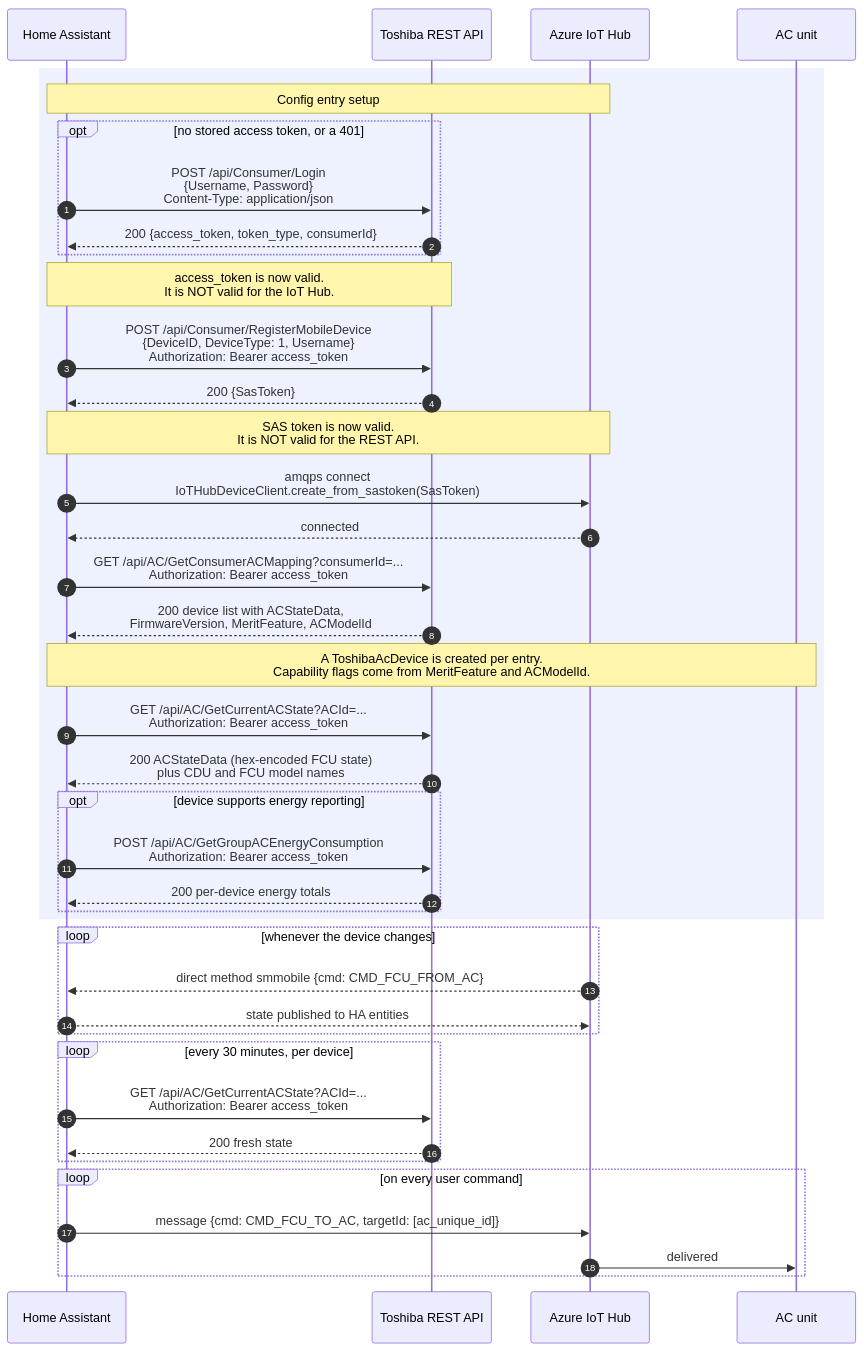
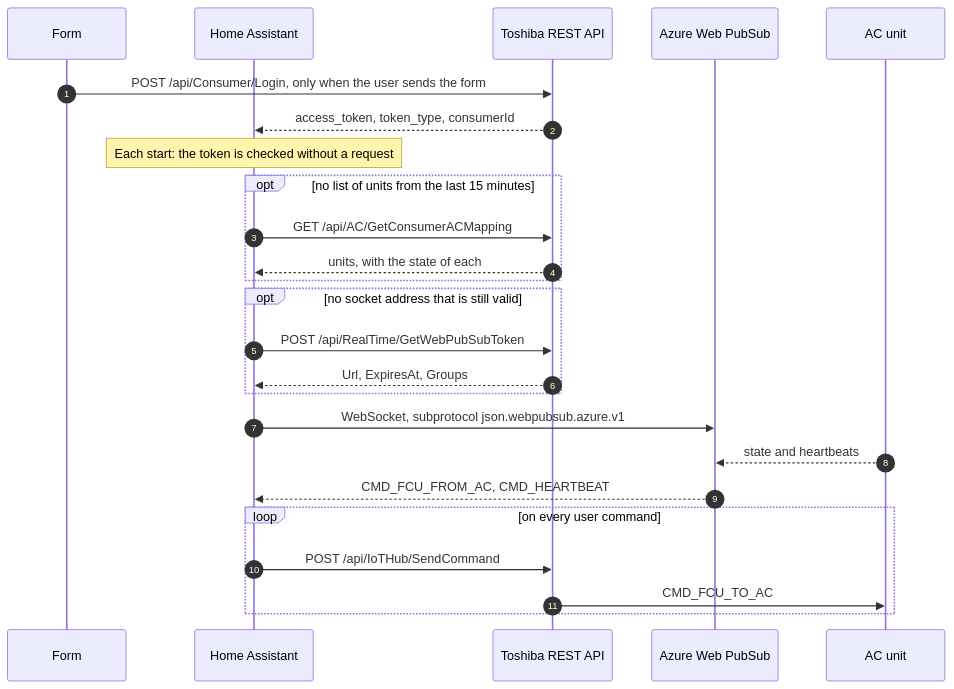
Before and after one commit to anto294/homeassistant-toshiba-ac: the diagram in docs/authentication.md, drawn with Mermaid. The commit also changed other lines of this file and 5 other files, not shown here.

````diff
--- a/docs/authentication.md
+++ b/docs/authentication.md
@@ -53,54 +23,31 @@
 ```mermaid
 sequenceDiagram
     autonumber
+    participant F as Form
     participant HA as Home Assistant
     participant REST as Toshiba REST API
-    participant HUB as Azure IoT Hub
+    participant WPS as Azure Web PubSub
     participant AC as AC unit
 
-    rect rgb(238, 242, 255)
-    Note over HA,HUB: Config entry setup
-    opt no stored access token, or a 401
-    HA->>REST: POST /api/Consumer/Login<br/>{Username, Password}<br/>Content-Type: application/json
-    REST-->>HA: 200 {access_token, token_type, consumerId}
+    F->>REST: POST /api/Consumer/Login, only when the user sends the form
+    REST-->>HA: access_token, token_type, consumerId
+
+    Note over HA: Each start: the token is checked without a request
+
+    opt no list of units from the last 15 minutes
+        HA->>REST: GET /api/AC/GetConsumerACMapping
+        REST-->>HA: units, with the state of each
     end
-
-    Note over HA,REST: access_token is now valid.<br/>It is NOT valid for the IoT Hub.
-
-    HA->>REST: POST /api/Consumer/RegisterMobileDevice<br/>{DeviceID, DeviceType: 1, Username}<br/>Authorization: Bearer access_token
-    REST-->>HA: 200 {SasToken}
-
-    Note over HA,HUB: SAS token is now valid.<br/>It is NOT valid for the REST API.
-
-    HA->>HUB: amqps connect<br/>IoTHubDeviceClient.create_from_sastoken(SasToken)
-    HUB-->>HA: connected
-
-    HA->>REST: GET /api/AC/GetConsumerACMapping?consumerId=...<br/>Authorization: Bearer access_token
-    REST-->>HA: 200 device list with ACStateData,<br/>FirmwareVersion, MeritFeature, ACModelId
-
-    Note over HA,AC: A ToshibaAcDevice is created per entry.<br/>Capability flags come from MeritFeature and ACModelId.
-
-    HA->>REST: GET /api/AC/GetCurrentACState?ACId=...<br/>Authorization: Bearer access_token
-    REST-->>HA: 200 ACStateData (hex-encoded FCU state)<br/>plus CDU and FCU model names
-
-    opt device supports energy reporting
-        HA->>REST: POST /api/AC/GetGroupACEnergyConsumption<br/>Authorization: Bearer access_token
-        REST-->>HA: 200 per-device energy totals
+    opt no socket address that is still valid
+        HA->>REST: POST /api/RealTime/GetWebPubSubToken
+        REST-->>HA: Url, ExpiresAt, Groups
     end
-    end
-
-    loop whenever the device changes
-    HUB-->>HA: direct method smmobile {cmd: CMD_FCU_FROM_AC}
-    HA-->>HUB: state published to HA entities
-    end
-
-    loop every 30 minutes, per device
-    HA->>REST: GET /api/AC/GetCurrentACState?ACId=...<br/>Authorization: Bearer access_token
-    REST-->>HA: 200 fresh state
-    end
+    HA->>WPS: WebSocket, subprotocol json.webpubsub.azure.v1
+    AC-->>WPS: state and heartbeats
+    WPS-->>HA: CMD_FCU_FROM_AC, CMD_HEARTBEAT
 
     loop on every user command
-    HA->>HUB: message {cmd: CMD_FCU_TO_AC, targetId: [ac_unique_id]}
-    HUB->>AC: delivered
+        HA->>REST: POST /api/IoTHub/SendCommand
+        REST->>AC: CMD_FCU_TO_AC
     end
 ```
````
